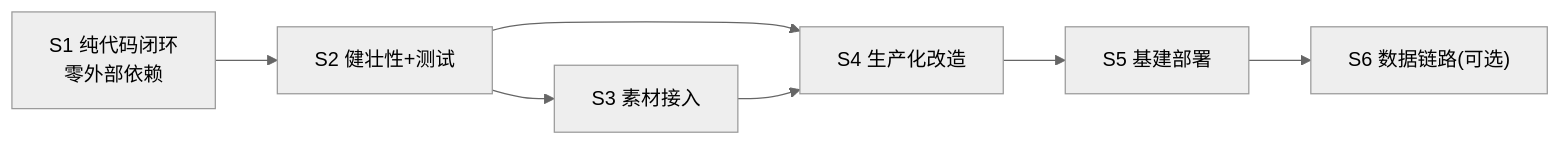
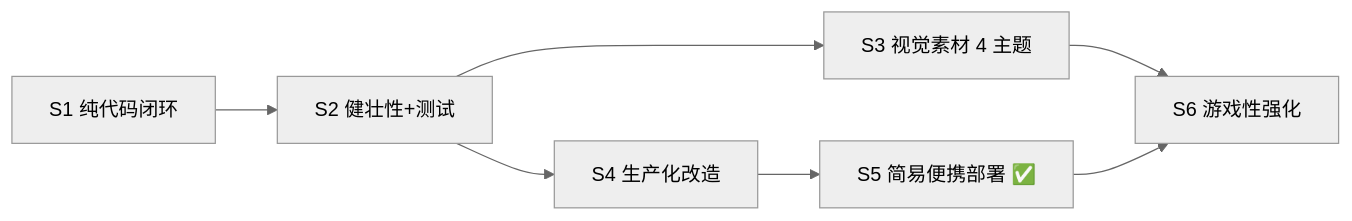
One commit to shihaoming-ks/tank changed the diagram in docs/prd/03-PLAN.md. Above: the diagram before and after it, drawn with Mermaid (neutral theme). The commit also changed other lines of this file, not shown here.

Commit message:
docs: 重写路线图，S5 改为简易便携部署，补充 S6 游戏性迭代列表

````diff
--- a/docs/prd/03-PLAN.md
+++ b/docs/prd/03-PLAN.md
@@ -44,9 +37,9 @@
 ```mermaid
 flowchart LR
-  S1["S1 纯代码闭环<br/>零外部依赖"] --> S2["S2 健壮性+测试"]
-  S2 --> S3["S3 素材接入"]
+  S1["S1 纯代码闭环"] --> S2["S2 健壮性+测试"]
+  S2 --> S3["S3 视觉素材 4 主题"]
   S2 --> S4["S4 生产化改造"]
-  S3 --> S4
-  S4 --> S5["S5 基建部署"]
-  S5 --> S6["S6 数据链路(可选)"]
+  S4 --> S5["S5 简易便携部署 ✅"]
+  S3 --> S6["S6 游戏性强化"]
+  S5 --> S6
 ```
````
